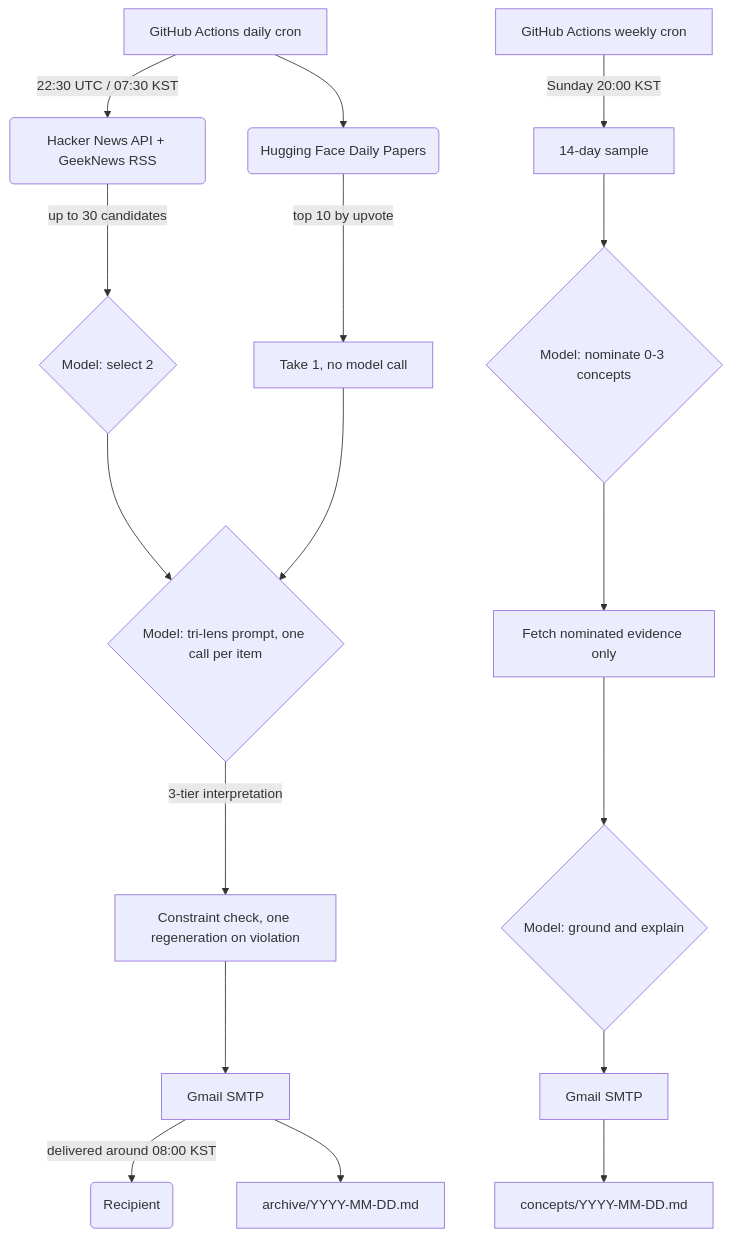
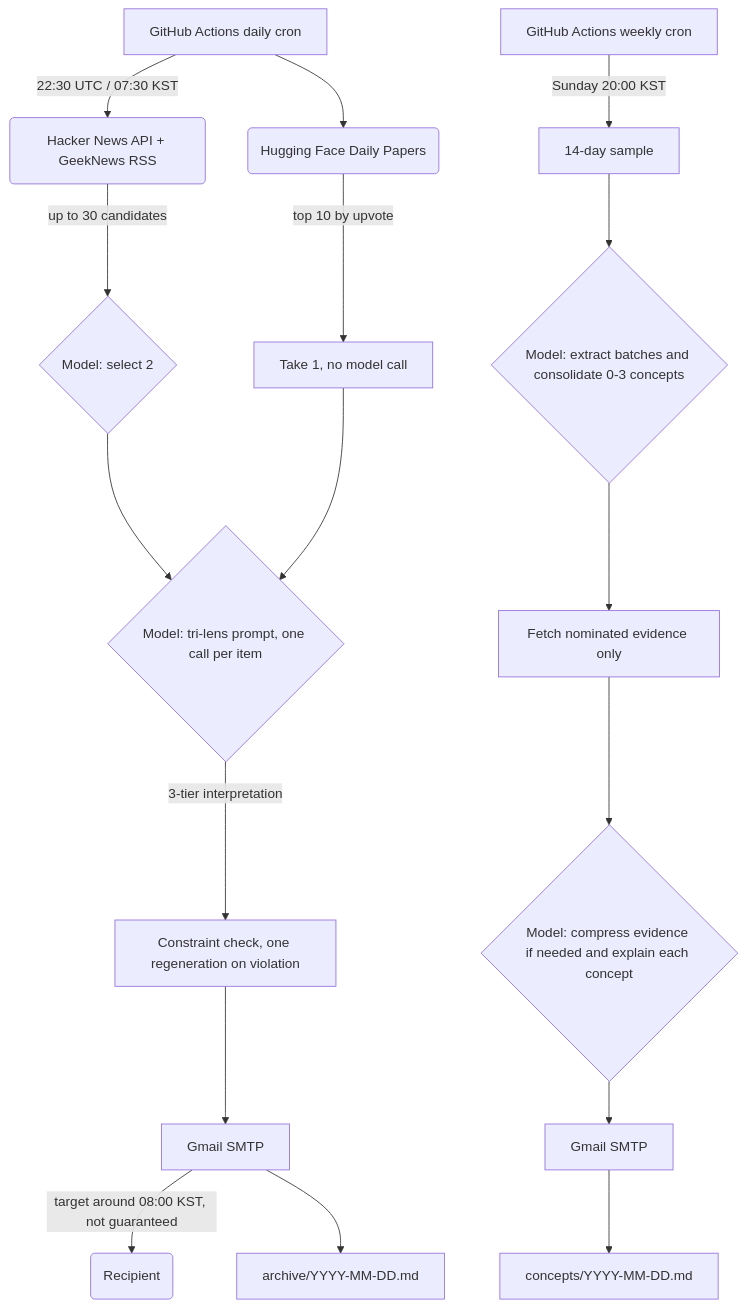
The diagram in README.md (liminal-cipher/tri-lens-news), drawn with Mermaid before and after one commit. The commit also changed other lines of this file and 8 other files, not shown here.

````diff
--- a/README.md
+++ b/README.md
@@ -37,20 +36,20 @@
 ```mermaid
 graph TD
     A[GitHub Actions daily cron] -->|22:30 UTC / 07:30 KST| B(Hacker News API + GeekNews RSS)
     A --> P(Hugging Face Daily Papers)
     B -->|up to 30 candidates| C{Model: select 2}
     P -->|top 10 by upvote| Q[Take 1, no model call]
     C --> D{Model: tri-lens prompt, one call per item}
     Q --> D
     D -->|3-tier interpretation| V[Constraint check, one regeneration on violation]
     V --> E[Gmail SMTP]
-    E -->|delivered around 08:00 KST| F(Recipient)
+    E -->|target around 08:00 KST, not guaranteed| F(Recipient)
     E --> G[archive/YYYY-MM-DD.md]
 
     W[GitHub Actions weekly cron] -->|Sunday 20:00 KST| H[14-day sample]
-    H --> I{Model: nominate 0-3 concepts}
+    H --> I{Model: extract batches and consolidate 0-3 concepts}
     I --> J[Fetch nominated evidence only]
-    J --> K{Model: ground and explain}
+    J --> K{Model: compress evidence if needed and explain each concept}
     K --> L[Gmail SMTP]
     L --> M[concepts/YYYY-MM-DD.md]
 ```
````
